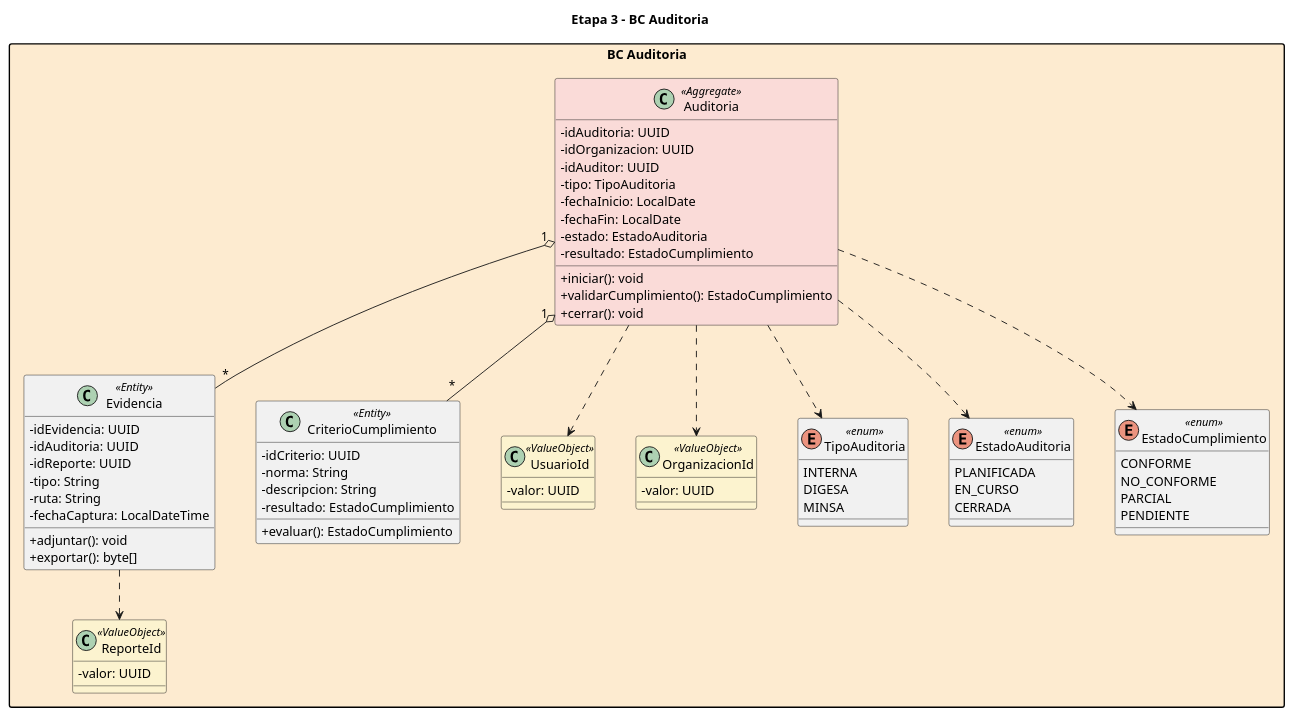
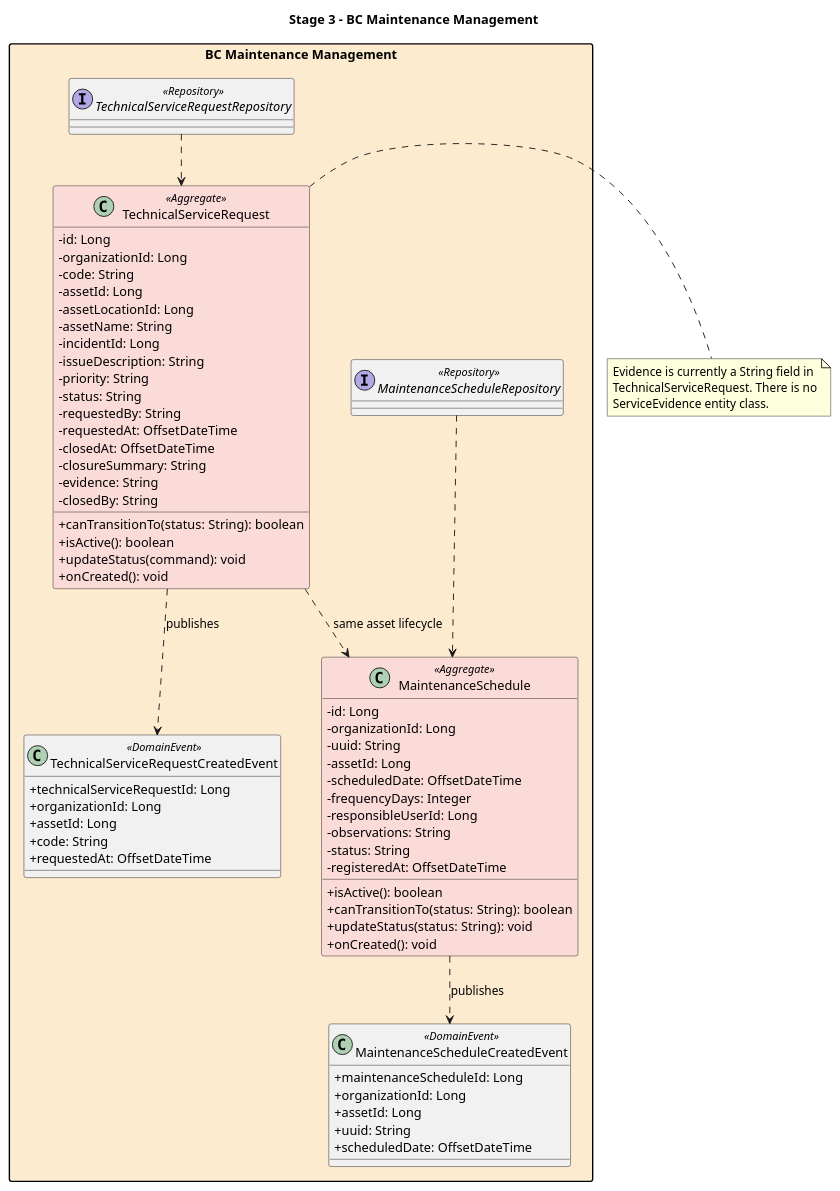
Before and after one commit to ICEQ2026/informe-del-proyecto: the diagram in report/assets/chapter-04/classdiagram/classdiagram-etapa3-bc-auditoria.puml, drawn with PlantUML. The commit also changed 32 other files, not shown here.

Commit message:
docs(report): sync backend diagrams

```diff
--- a/report/assets/chapter-04/classdiagram/classdiagram-etapa3-bc-auditoria.puml
+++ b/report/assets/chapter-04/classdiagram/classdiagram-etapa3-bc-auditoria.puml
@@ -1,86 +1,85 @@
-@startuml ColdTrace-Stage3-BC-Auditoria
+@startuml
 
-title Etapa 3 - BC Auditoria
+title Stage 3 - BC Maintenance Management
 
 skinparam classAttributeIconSize 0
 skinparam nodesep 45
 skinparam ranksep 55
 skinparam packageStyle rectangle
+skinparam shadowing false
 
-package "BC Auditoria" #FDEBD0 {
+package "BC Maintenance Management" #FDEBD0 {
 
-  class Auditoria <<Aggregate>> #FADBD8 {
-    - idAuditoria: UUID
-    - idOrganizacion: UUID
-    - idAuditor: UUID
-    - tipo: TipoAuditoria
-    - fechaInicio: LocalDate
-    - fechaFin: LocalDate
-    - estado: EstadoAuditoria
-    - resultado: EstadoCumplimiento
-    + iniciar(): void
-    + validarCumplimiento(): EstadoCumplimiento
-    + cerrar(): void
+  class MaintenanceSchedule <<Aggregate>> #FADBD8 {
+    - id: Long
+    - organizationId: Long
+    - uuid: String
+    - assetId: Long
+    - scheduledDate: OffsetDateTime
+    - frequencyDays: Integer
+    - responsibleUserId: Long
+    - observations: String
+    - status: String
+    - registeredAt: OffsetDateTime
+    + isActive(): boolean
+    + canTransitionTo(status: String): boolean
+    + updateStatus(status: String): void
+    + onCreated(): void
   }
 
-  class Evidencia <<Entity>> {
-    - idEvidencia: UUID
-    - idAuditoria: UUID
-    - idReporte: UUID
-    - tipo: String
-    - ruta: String
-    - fechaCaptura: LocalDateTime
-    + adjuntar(): void
-    + exportar(): byte[]
+  class TechnicalServiceRequest <<Aggregate>> #FADBD8 {
+    - id: Long
+    - organizationId: Long
+    - code: String
+    - assetId: Long
+    - assetLocationId: Long
+    - assetName: String
+    - incidentId: Long
+    - issueDescription: String
+    - priority: String
+    - status: String
+    - requestedBy: String
+    - requestedAt: OffsetDateTime
+    - closedAt: OffsetDateTime
+    - closureSummary: String
+    - evidence: String
+    - closedBy: String
+    + canTransitionTo(status: String): boolean
+    + isActive(): boolean
+    + updateStatus(command): void
+    + onCreated(): void
   }
 
-  class CriterioCumplimiento <<Entity>> {
-    - idCriterio: UUID
-    - norma: String
-    - descripcion: String
-    - resultado: EstadoCumplimiento
-    + evaluar(): EstadoCumplimiento
+  class MaintenanceScheduleCreatedEvent <<DomainEvent>> {
+    + maintenanceScheduleId: Long
+    + organizationId: Long
+    + assetId: Long
+    + uuid: String
+    + scheduledDate: OffsetDateTime
   }
 
-  class UsuarioId <<ValueObject>> #FCF3CF {
-    - valor: UUID
+  class TechnicalServiceRequestCreatedEvent <<DomainEvent>> {
+    + technicalServiceRequestId: Long
+    + organizationId: Long
+    + assetId: Long
+    + code: String
+    + requestedAt: OffsetDateTime
   }
 
-  class OrganizacionId <<ValueObject>> #FCF3CF {
-    - valor: UUID
-  }
+  interface MaintenanceScheduleRepository <<Repository>>
+  interface TechnicalServiceRequestRepository <<Repository>>
 
-  class ReporteId <<ValueObject>> #FCF3CF {
-    - valor: UUID
-  }
-
-  enum TipoAuditoria <<enum>> {
-    INTERNA
-    DIGESA
-    MINSA
-  }
-
-  enum EstadoAuditoria <<enum>> {
-    PLANIFICADA
-    EN_CURSO
-    CERRADA
-  }
-
-  enum EstadoCumplimiento <<enum>> {
-    CONFORME
-    NO_CONFORME
-    PARCIAL
-    PENDIENTE
-  }
-
-  Auditoria "1" o-- "*" Evidencia
-  Auditoria "1" o-- "*" CriterioCumplimiento
-  Auditoria ..> UsuarioId
-  Auditoria ..> OrganizacionId
-  Evidencia ..> ReporteId
-  Auditoria ..> TipoAuditoria
-  Auditoria ..> EstadoAuditoria
-  Auditoria ..> EstadoCumplimiento
+  MaintenanceSchedule ..> MaintenanceScheduleCreatedEvent : publishes
+  TechnicalServiceRequest ..> TechnicalServiceRequestCreatedEvent : publishes
+  TechnicalServiceRequest ..> MaintenanceSchedule : same asset lifecycle
+  MaintenanceScheduleRepository ..> MaintenanceSchedule
+  TechnicalServiceRequestRepository ..> TechnicalServiceRequest
 }
 
+note right of TechnicalServiceRequest
+  Evidence is currently a String field in
+  TechnicalServiceRequest. There is no
+  ServiceEvidence entity class.
+end note
+
 @enduml
```
